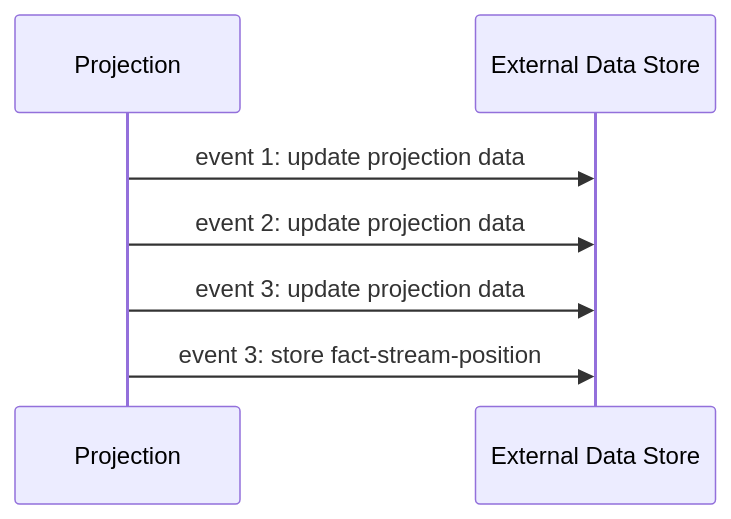
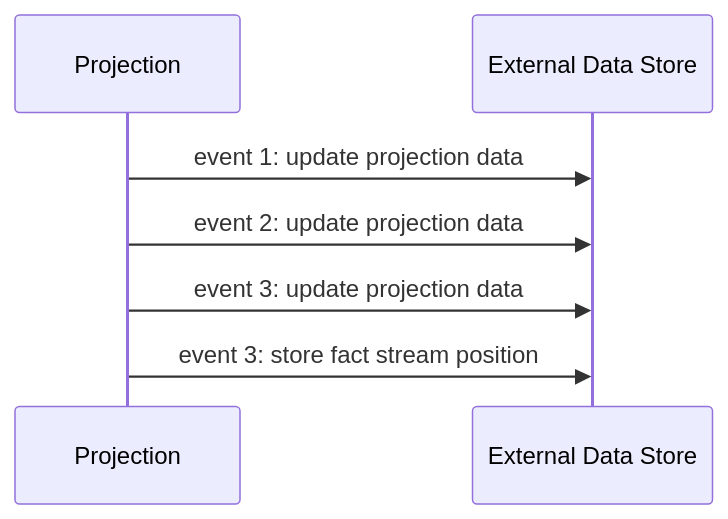
Before and after one commit to factcast/factcast: the third of 3 diagrams in factcast-docs/src/main/asciidoc/modules/ROOT/pages/Usage/factus/projections/atomicity/index.adoc, drawn with Mermaid. The commit also changed other lines of this file and 73 other files, not shown here.

```diff
--- a/factcast-docs/src/main/asciidoc/modules/ROOT/pages/Usage/factus/projections/atomicity/index.adoc
+++ b/factcast-docs/src/main/asciidoc/modules/ROOT/pages/Usage/factus/projections/atomicity/index.adoc
@@ -110,10 +110,10 @@
 [mermaid]
 ----
 sequenceDiagram
   participant Projection
   participant External Data Store
   Projection->>External Data Store: event 1: update projection data
   Projection->>External Data Store: event 2: update projection data
   Projection->>External Data Store: event 3: update projection data
-  Projection->>External Data Store: event 3: store fact-stream-position
+  Projection->>External Data Store: event 3: store fact stream position
 ----
```
